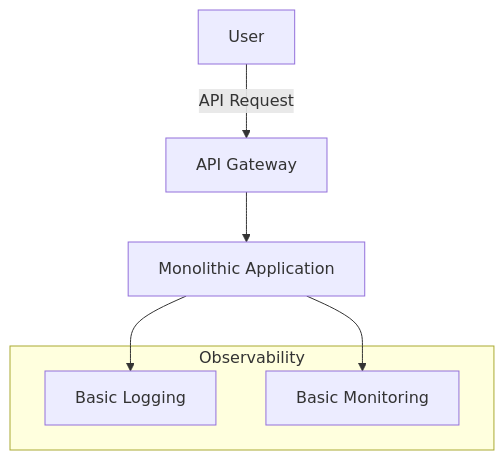
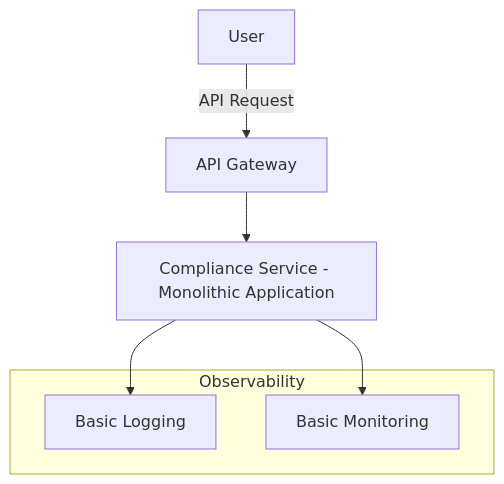
One commit to miketolbert/compliance-service changed the first of 2 diagrams in SIMPLIFIED_APPROACH.md. Above: the diagram before and after it, drawn with Mermaid. The commit also changed other lines of this file, not shown here.

Commit message:
update diagram with name of service

````diff
--- a/SIMPLIFIED_APPROACH.md
+++ b/SIMPLIFIED_APPROACH.md
@@ -9,13 +9,13 @@
 ```mermaid
 graph TD
     A[User] -->|API Request| B[API Gateway]
-    B --> C[Monolithic Application]
+    B --> C[Compliance Service - Monolithic Application]
 
     subgraph Observability
         E[Basic Logging]
         F[Basic Monitoring]
     end
 
     C --> E
     C --> F
 ```
````
